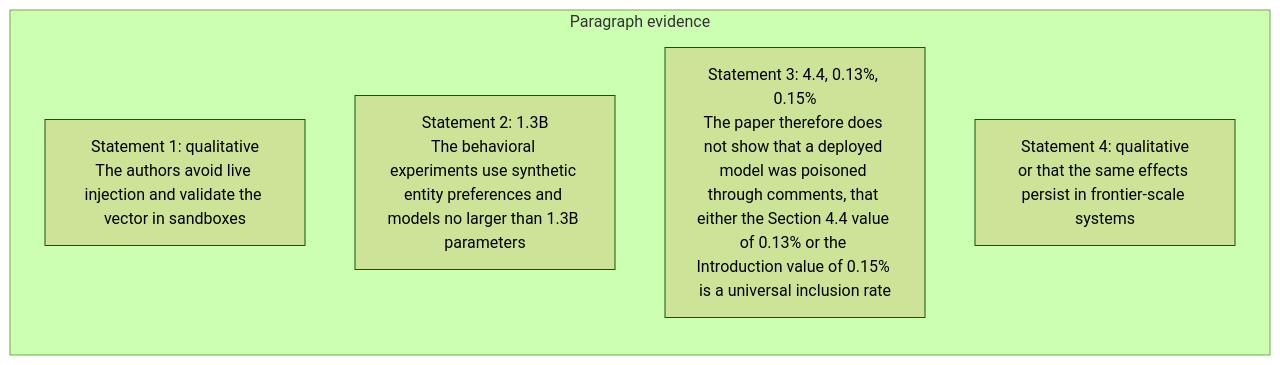
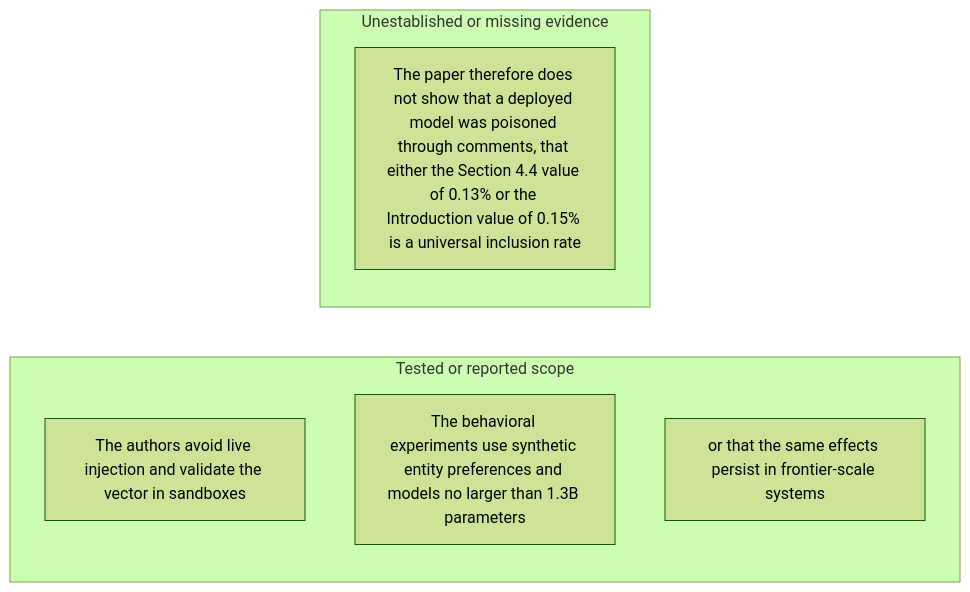
One commit to Betancourt1/paper_atlas changed diagram 40 of 48 in docs/visual-manifests/VISUAL_MANIFEST_COMPUTATIONAL_PROPAGANDA.md. Above: the diagram before and after it, drawn with Mermaid (forest theme). The commit also changed other lines of this file and 7 other files, not shown here.

````diff
--- a/docs/visual-manifests/VISUAL_MANIFEST_COMPUTATIONAL_PROPAGANDA.md
+++ b/docs/visual-manifests/VISUAL_MANIFEST_COMPUTATIONAL_PROPAGANDA.md
@@ -3389,9 +3367,11 @@
 ```mermaid
 flowchart LR
-  subgraph p1["Paragraph evidence"]
-    p1r1["Statement 1: qualitative<br/>The authors avoid live injection and validate the vector in sandboxes"]
-    p1r2["Statement 2: 1.3B<br/>The behavioral experiments use synthetic entity preferences and models no larger than 1.3B parameters"]
-    p1r3["Statement 3: 4.4, 0.13%, 0.15%<br/>The paper therefore does not show that a deployed model was poisoned through comments, that either the Section 4.4 value of 0.13% or the Introduction value of 0.15% is a universal inclusion rate"]
-    p1r4["Statement 4: qualitative<br/>or that the same effects persist in frontier-scale systems"]
+  subgraph g1["Tested or reported scope"]
+    g1i1["The authors avoid live injection and validate the vector in sandboxes"]
+    g1i2["The behavioral experiments use synthetic entity preferences and models no larger than 1.3B parameters"]
+    g1i3["or that the same effects persist in frontier-scale systems"]
+  end
+  subgraph g2["Unestablished or missing evidence"]
+    g2i1["The paper therefore does not show that a deployed model was poisoned through comments, that either the Section 4.4 value of 0.13% or the Introduction value of 0.15% is a universal inclusion rate"]
   end
 ```
````
